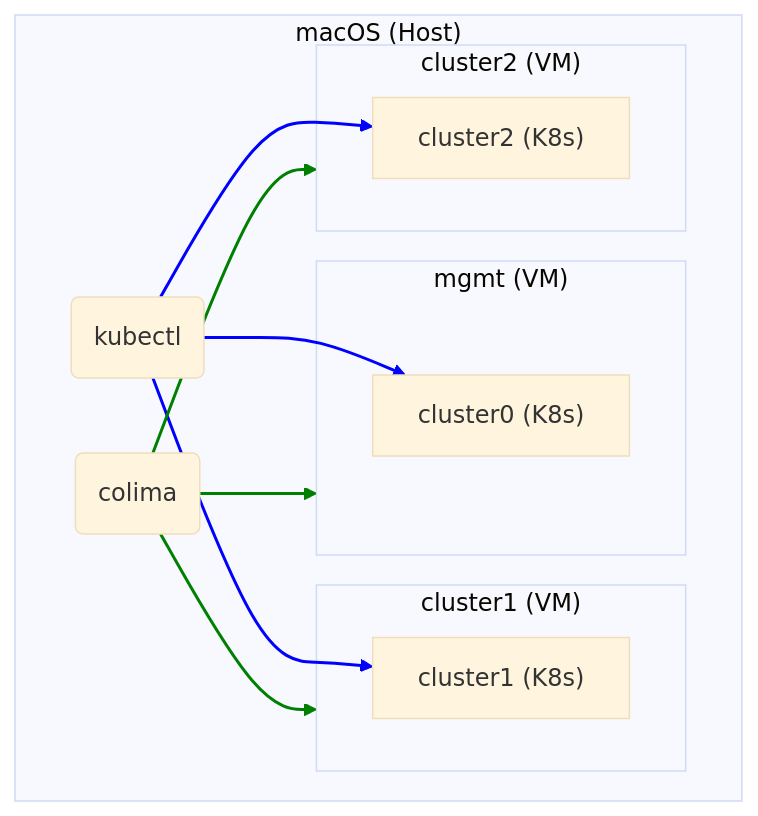
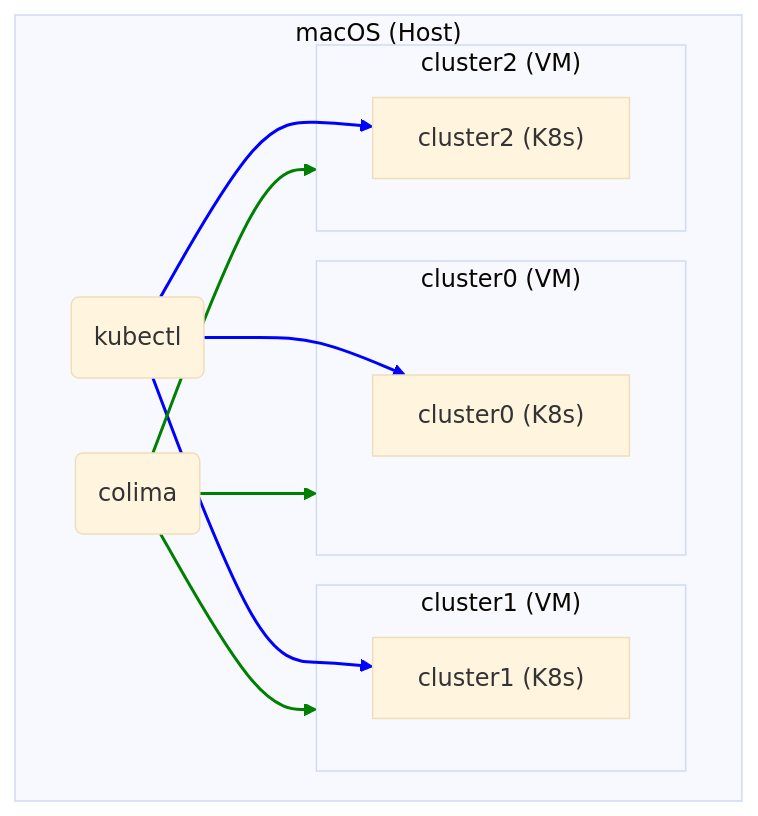
Before and after one commit to djmcaleese/kind-on-colima: the first of 2 diagrams in README.md, drawn with Mermaid (base theme).

Commit message:
Fix VM name for consistency

````diff
--- a/README.md
+++ b/README.md
@@ -13,26 +13,26 @@
 ```mermaid
 graph TB
     subgraph host["macOS (Host)"]
         k("kubectl")
         c("colima")
-        subgraph vm0["mgmt (VM)"]
+        subgraph vm0["cluster0 (VM)"]
             k0["cluster0 (K8s)"]
         end
         subgraph vm1["cluster1 (VM)"]
             k1["cluster1 (K8s)"]
         end
         subgraph vm2["cluster2 (VM)"]
             k2["cluster2 (K8s)"]
         end
         c-->vm0
         c-->vm1
         c-->vm2
         k-->k0
         k-->k1
         k-->k2
     end
 
 
     linkStyle 0,1,2 stroke-width:2px,fill:none,stroke:green;
     linkStyle 3,4,5 stroke-width:2px,fill:none,stroke:blue;
 ```
````
